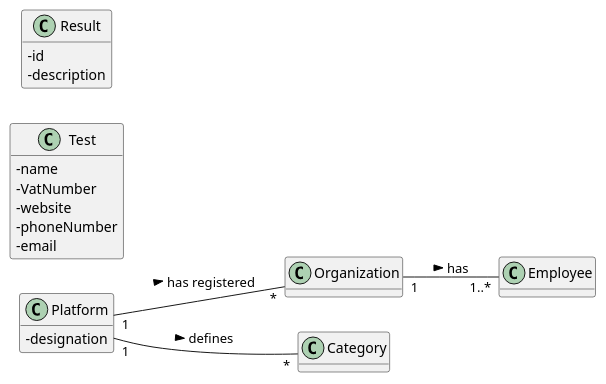
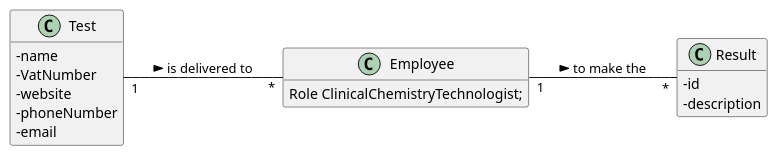
Before and after one commit to GuilhermeCunha79/lapr2: the diagram in docs/SprintC/US12/US12_MD.puml, drawn with PlantUML. The commit also changed 13 other files, not shown here.

```diff
--- a/docs/SprintC/US12/US12_MD.puml
+++ b/docs/SprintC/US12/US12_MD.puml
@@ -1,32 +1,31 @@
 @startuml
 hide methods
 left to right direction
 skinparam classAttributeIconSize 0
 
 
-class Platform {
-  -designation
-}
 
 class Test {
   -name
   -VatNumber
   -website
   -phoneNumber
   -email
 }
 
+class Employee{
+Role ClinicalChemistryTechnologist;
+}
 
 class Result {
   -id
   -description
 }
 
 
-Platform "1" -- "*" Organization : has registered >
-Platform "1" -- "*" Category : defines >
-Organization "1" -- "1..*" Employee : has >
+Test "1" -- "*" Employee : is delivered to >
+Employee "1" -- "*" Result : to make the >
 
 
 
 @enduml
```
